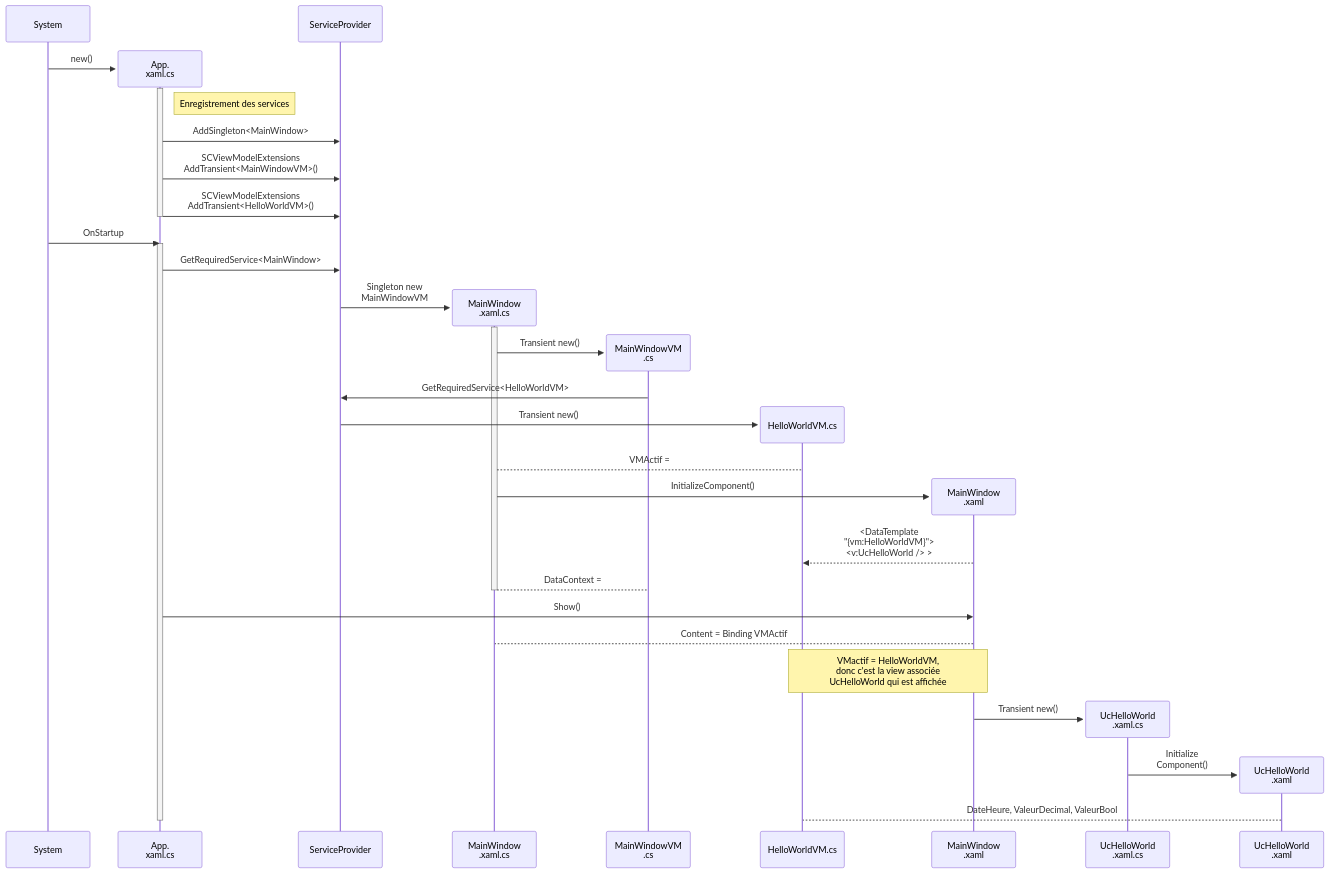
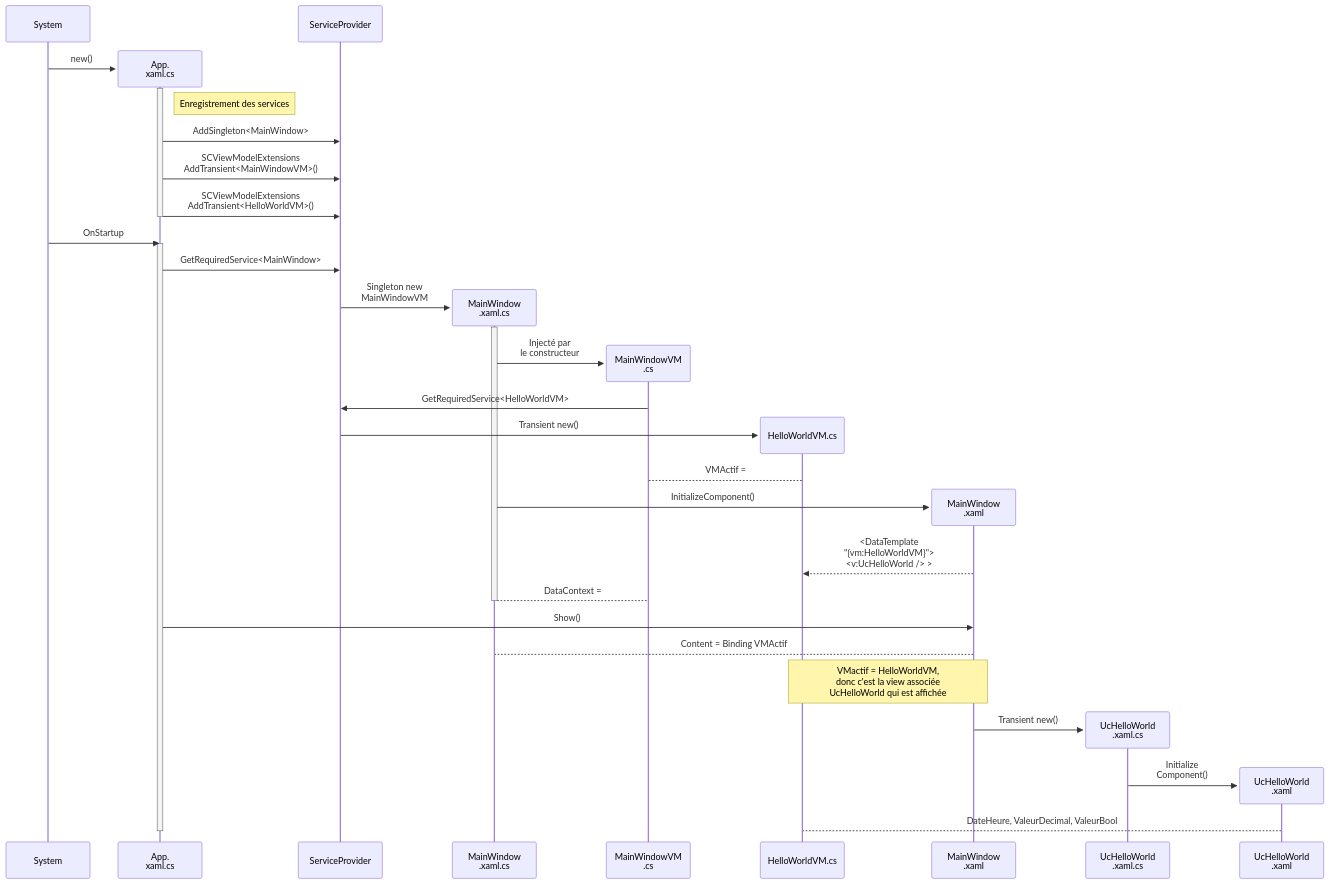
One commit to BenoitDesrosiers/4N1_2024 changed the diagram in docs/72-WPF partie 2/partie2_helloworld_resume.md. Above: the diagram before and after it, drawn with Mermaid. The commit also changed other lines of this file and 3 other files, not shown here.

Commit message:
sequence_partie2

````diff
--- a/docs/72-WPF partie 2/partie2_helloworld_resume.md
+++ b/docs/72-WPF partie 2/partie2_helloworld_resume.md
@@ -8,43 +8,43 @@
 ```mermaid
 sequenceDiagram
     participant System
 
     create participant App_xaml_cs as App.<br>xaml.cs
     System->>App_xaml_cs: new()
     activate App_xaml_cs
     participant serv as ServiceProvider
     Note right of App_xaml_cs: Enregistrement des services
     App_xaml_cs->>serv: AddSingleton<MainWindow>
     App_xaml_cs->>serv: SCViewModelExtensions <br/> AddTransient<MainWindowVM>()
     App_xaml_cs->>serv: SCViewModelExtensions <br/> AddTransient<HelloWorldVM>()
     deactivate App_xaml_cs
     System->>App_xaml_cs: OnStartup
     activate App_xaml_cs
     App_xaml_cs->>serv: GetRequiredService<MainWindow>
     create participant MainWindow_xaml_cs as MainWindow<br>.xaml.cs
     serv->>MainWindow_xaml_cs: Singleton new<br/>MainWindowVM
     activate MainWindow_xaml_cs
     create participant MainWindowVM_cs as MainWindowVM<br>.cs 
-    MainWindow_xaml_cs->>MainWindowVM_cs: Transient new()
+    MainWindow_xaml_cs->>MainWindowVM_cs: Injecté par<br>le constructeur
     MainWindowVM_cs->>serv: GetRequiredService<HelloWorldVM>
     create participant HelloWorldVM.cs
     serv->>HelloWorldVM.cs: Transient new()
-    MainWindow_xaml_cs-->HelloWorldVM.cs: VMActif =
+    MainWindowVM_cs-->HelloWorldVM.cs: VMActif =
     create participant MainWindow_xaml as MainWindow<br>.xaml
     MainWindow_xaml_cs->>MainWindow_xaml:InitializeComponent()
     MainWindow_xaml-->>HelloWorldVM.cs: <DataTemplate <br>"{vm:HelloWorldVM}"><br><v:UcHelloWorld /> >
     MainWindow_xaml_cs-->MainWindowVM_cs: DataContext =
     deactivate MainWindow_xaml_cs
 
     App_xaml_cs->>MainWindow_xaml: Show()
     MainWindow_xaml-->MainWindow_xaml_cs:Content = Binding VMActif
     Note over MainWindow_xaml,HelloWorldVM.cs: VMactif = HelloWorldVM, <br/> donc c'est la view associée<br/>UcHelloWorld qui est affichée
     create participant UcHelloWorld_xaml_cs as UcHelloWorld<br>.xaml.cs
     MainWindow_xaml->>UcHelloWorld_xaml_cs:Transient new()
     create participant UcHelloWorld_xaml as UcHelloWorld<br>.xaml
     UcHelloWorld_xaml_cs->>UcHelloWorld_xaml:Initialize<br>Component()
     UcHelloWorld_xaml-->HelloWorldVM.cs: DateHeure, ValeurDecimal, ValeurBool
 
     deactivate App_xaml_cs
     
 ```
````
